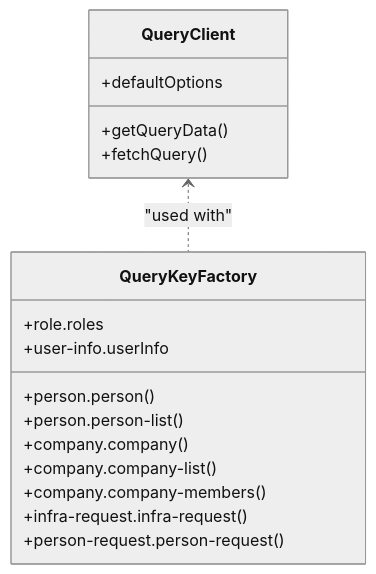
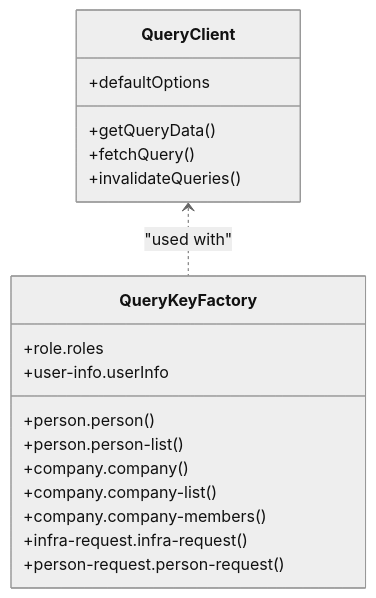
The sixth of 8 diagrams in .qoder/repowiki/en/content/Frontend Applications/Portal Application/Portal Application.md (effinrich/rh-nx-monorepo), drawn with Mermaid (neutral theme) before and after one commit. The commit also changed other lines of this file and 130 other files, not shown here.

````diff
--- a/.qoder/repowiki/en/content/Frontend Applications/Portal Application/Portal Application.md
+++ b/.qoder/repowiki/en/content/Frontend Applications/Portal Application/Portal Application.md
@@ -254,20 +409,21 @@
 ```mermaid
 classDiagram
 class QueryClient {
 +defaultOptions
 +getQueryData()
 +fetchQuery()
++invalidateQueries()
 }
 class QueryKeyFactory {
 +role.roles
 +user-info.userInfo
 +person.person()
 +person.person-list()
 +company.company()
 +company.company-list()
 +company.company-members()
 +infra-request.infra-request()
 +person-request.person-request()
 }
 QueryClient <.. QueryKeyFactory : "used with"
 ```
````
